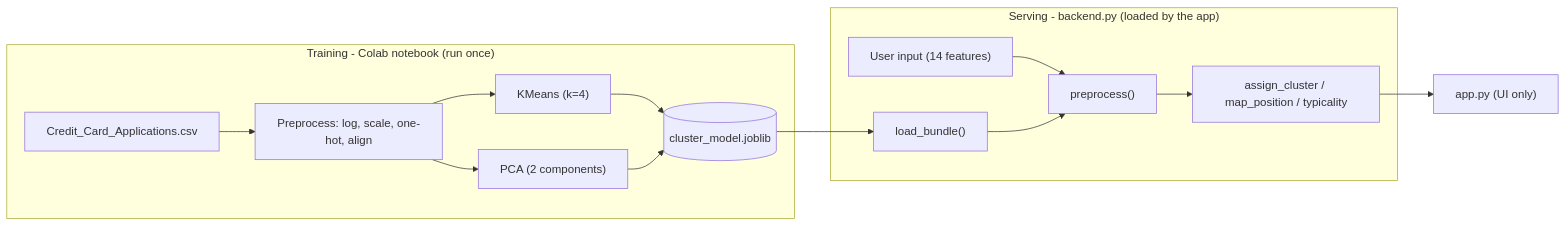
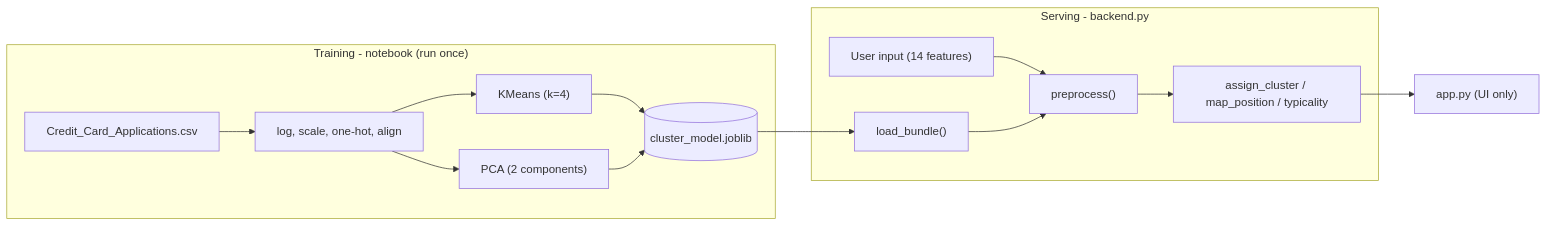
The diagram in docs/backend.md (emmetgingerich/CSLUB-Datathon-find-your-cluster-Prithvi-Emmet), drawn with Mermaid before and after one commit. The commit also changed other lines of this file and 3 other files, not shown here.

````diff
--- a/docs/backend.md
+++ b/docs/backend.md
@@ -26,17 +17,17 @@
 ```mermaid
 flowchart LR
-  subgraph Training["Training - Colab notebook (run once)"]
-    A["Credit_Card_Applications.csv"] --> B["Preprocess: log, scale, one-hot, align"]
+  subgraph Training["Training - notebook (run once)"]
+    A["Credit_Card_Applications.csv"] --> B["log, scale, one-hot, align"]
     B --> C["KMeans (k=4)"]
     B --> D["PCA (2 components)"]
     C --> E[("cluster_model.joblib")]
     D --> E
   end
-  subgraph Serving["Serving - backend.py (loaded by the app)"]
+  subgraph Serving["Serving - backend.py"]
     E --> F["load_bundle()"]
     G["User input (14 features)"] --> H["preprocess()"]
     F --> H
     H --> I["assign_cluster / map_position / typicality"]
   end
   I --> J["app.py (UI only)"]
 ```
````
